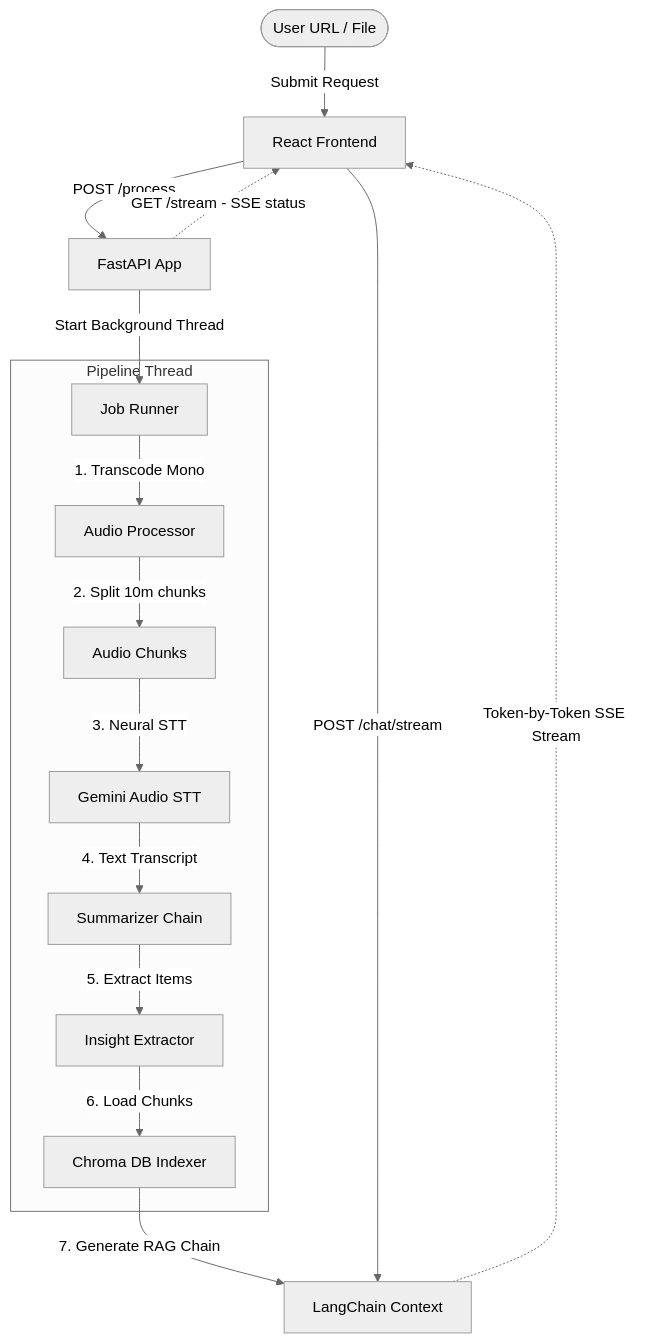
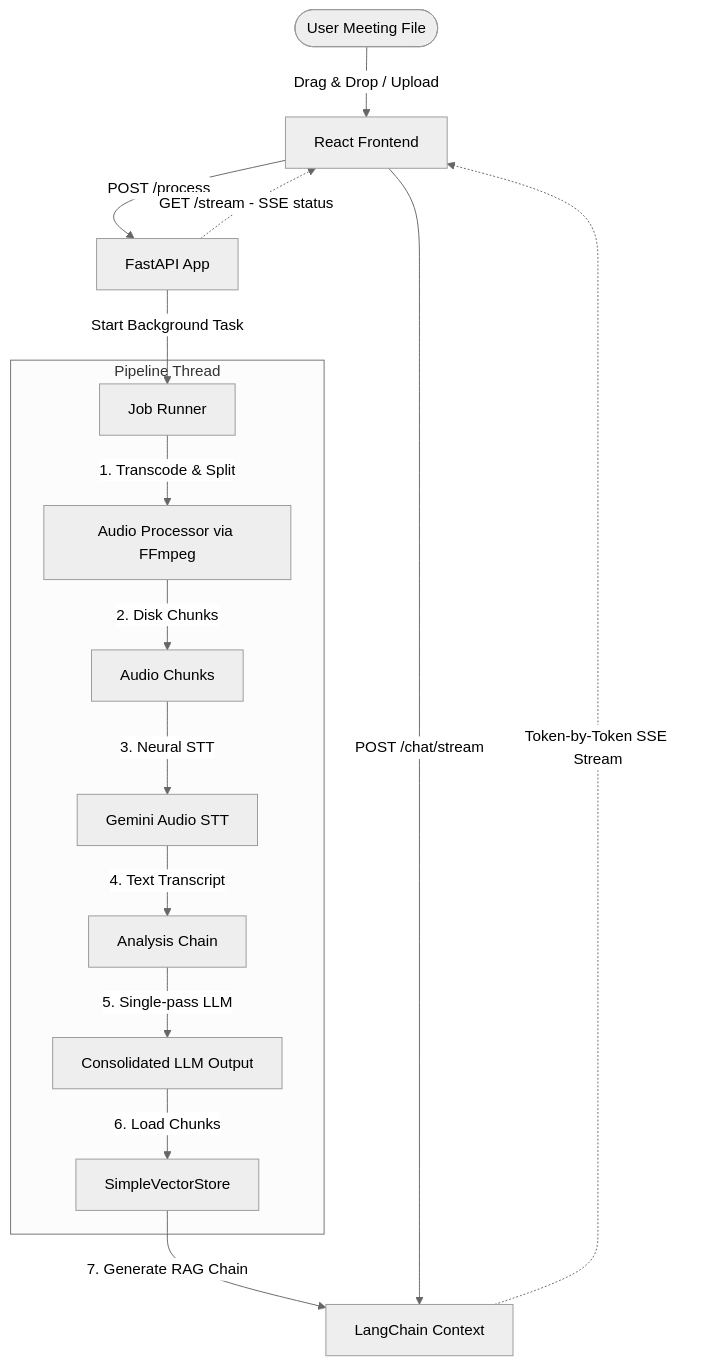
Before and after one commit to piyuskumar-dev/MeetMind-AI: the first of 2 diagrams in README.md, drawn with Mermaid (neutral theme). The commit also changed other lines of this file, not shown here.

````diff
--- a/README.md
+++ b/README.md
@@ -46,20 +49,20 @@
 ```mermaid
 graph TD
-    User([User URL / File]) -->|Submit Request| React[React Frontend]
+    User([User Meeting File]) -->|Drag & Drop / Upload| React[React Frontend]
     React -->|POST /process| FastAPI[FastAPI App]
-    FastAPI -->|Start Background Thread| Job[Job Runner]
+    FastAPI -->|Start Background Task| Job[Job Runner]
     
     subgraph Pipeline Thread
-        Job -->|1. Transcode Mono| Audio[Audio Processor]
-        Audio -->|2. Split 10m chunks| AudioChunks[Audio Chunks]
+        Job -->|1. Transcode & Split| Audio[Audio Processor via FFmpeg]
+        Audio -->|2. Disk Chunks| AudioChunks[Audio Chunks]
         AudioChunks -->|3. Neural STT| GeminiSTT[Gemini Audio STT]
-        GeminiSTT -->|4. Text Transcript| Summarizer[Summarizer Chain]
-        Summarizer -->|5. Extract Items| Extractor[Insight Extractor]
-        Extractor -->|6. Load Chunks| VectorDB[Chroma DB Indexer]
+        GeminiSTT -->|4. Text Transcript| Summarizer[Analysis Chain]
+        Summarizer -->|5. Single-pass LLM| Extractor[Consolidated LLM Output]
+        Extractor -->|6. Load Chunks| VectorDB[SimpleVectorStore]
     end
     
     FastAPI -.->|GET /stream - SSE status| React
     VectorDB -->|7. Generate RAG Chain| RAGChain[LangChain Context]
     React -->|POST /chat/stream| RAGChain
     RAGChain -.->|Token-by-Token SSE Stream| React
 ```
````
